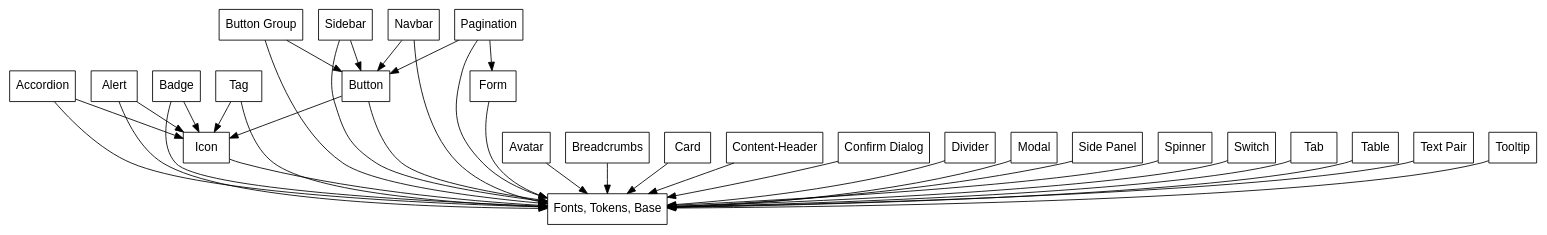
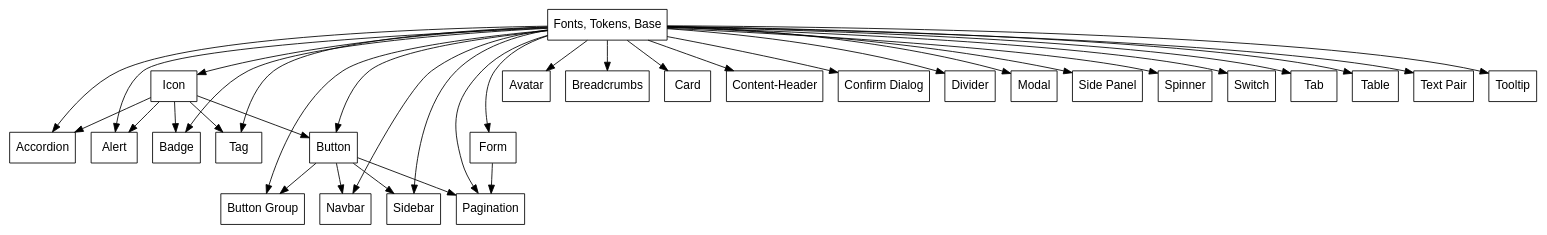
One commit to RoleModel/optics changed the diagram in tools/generate-graph.dot. Above: the diagram before and after it, drawn with Graphviz.

Commit message:
Update dependency graphic to be flipped

```diff
--- a/tools/generate-graph.dot
+++ b/tools/generate-graph.dot
@@ -1,52 +1,46 @@
 digraph dependencies {
   fontname = "Helvetica,Arial,sans-serif";
   node [fontname = "Helvetica,Arial,sans-serif";];
   edge [fontname = "Helvetica,Arial,sans-serif";];
   node [shape = box;];
   "Fonts, Tokens, Base";
 
-  "Accordion" -> "Fonts, Tokens, Base";
-  "Accordion" -> "Icon";
+  "Fonts, Tokens, Base" -> "Accordion";
+  "Fonts, Tokens, Base" -> "Alert";
+  "Fonts, Tokens, Base" -> "Avatar";
+  "Fonts, Tokens, Base" -> "Badge";
+  "Fonts, Tokens, Base" -> "Breadcrumbs";
+  "Fonts, Tokens, Base" -> "Button";
+  "Fonts, Tokens, Base" -> "Button Group";
+  "Fonts, Tokens, Base" -> "Card";
+  "Fonts, Tokens, Base" -> "Content-Header";
+  "Fonts, Tokens, Base" -> "Confirm Dialog";
+  "Fonts, Tokens, Base" -> "Divider";
+  "Fonts, Tokens, Base" -> "Form";
+  "Fonts, Tokens, Base" -> "Icon";
+  "Fonts, Tokens, Base" -> "Modal";
+  "Fonts, Tokens, Base" -> "Navbar";
+  "Fonts, Tokens, Base" -> "Pagination";
+  "Fonts, Tokens, Base" -> "Sidebar";
+  "Fonts, Tokens, Base" -> "Side Panel";
+  "Fonts, Tokens, Base" -> "Spinner";
+  "Fonts, Tokens, Base" -> "Switch";
+  "Fonts, Tokens, Base" -> "Tab";
+  "Fonts, Tokens, Base" -> "Table";
+  "Fonts, Tokens, Base" -> "Tag";
+  "Fonts, Tokens, Base" -> "Text Pair";
+  "Fonts, Tokens, Base" -> "Tooltip";
 
-  "Alert" -> "Fonts, Tokens, Base";
-  "Alert" -> "Icon";
+  "Icon" -> "Accordion";
+  "Icon" -> "Alert";
+  "Icon" -> "Badge";
+  "Icon" -> "Button";
+  "Icon" -> "Tag";
 
-  "Badge" -> "Fonts, Tokens, Base";
-  "Badge" -> "Icon";
+  "Button" -> "Button Group";
+  "Button" -> "Sidebar";
+  "Button" -> "Navbar";
+  "Button" -> "Pagination";
 
-  "Button" -> "Fonts, Tokens, Base";
-  "Button" -> "Icon";
-
-  "Tag" -> "Fonts, Tokens, Base";
-  "Tag" -> "Icon";
-
-  "Button Group" -> "Fonts, Tokens, Base";
-  "Button Group" -> "Button";
-
-  "Sidebar" -> "Fonts, Tokens, Base";
-  "Sidebar" -> "Button";
-
-  "Navbar" -> "Fonts, Tokens, Base";
-  "Navbar" -> "Button";
-
-  "Pagination" -> "Button";
-  "Pagination" -> "Form";
-  "Pagination" -> "Fonts, Tokens, Base";
-
-  "Avatar" -> "Fonts, Tokens, Base";
-  "Breadcrumbs" -> "Fonts, Tokens, Base";
-  "Card" -> "Fonts, Tokens, Base";
-  "Content-Header" -> "Fonts, Tokens, Base";
-  "Confirm Dialog" -> "Fonts, Tokens, Base";
-  "Divider" -> "Fonts, Tokens, Base";
-  "Form" -> "Fonts, Tokens, Base";
-  "Icon" -> "Fonts, Tokens, Base";
-  "Modal" -> "Fonts, Tokens, Base";
-  "Side Panel" -> "Fonts, Tokens, Base";
-  "Spinner" -> "Fonts, Tokens, Base";
-  "Switch" -> "Fonts, Tokens, Base";
-  "Tab" -> "Fonts, Tokens, Base";
-  "Table" -> "Fonts, Tokens, Base";
-  "Text Pair" -> "Fonts, Tokens, Base";
-  "Tooltip" -> "Fonts, Tokens, Base";
+  "Form" -> "Pagination";
 }
```
